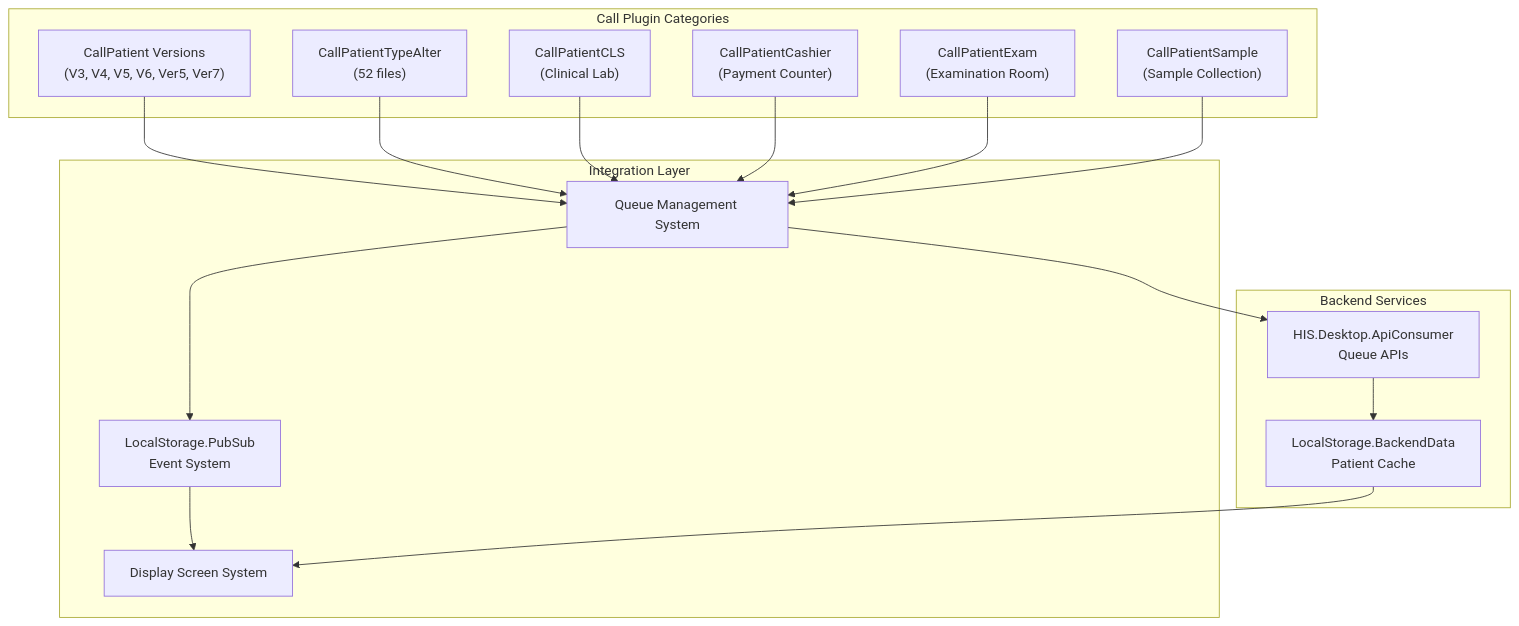
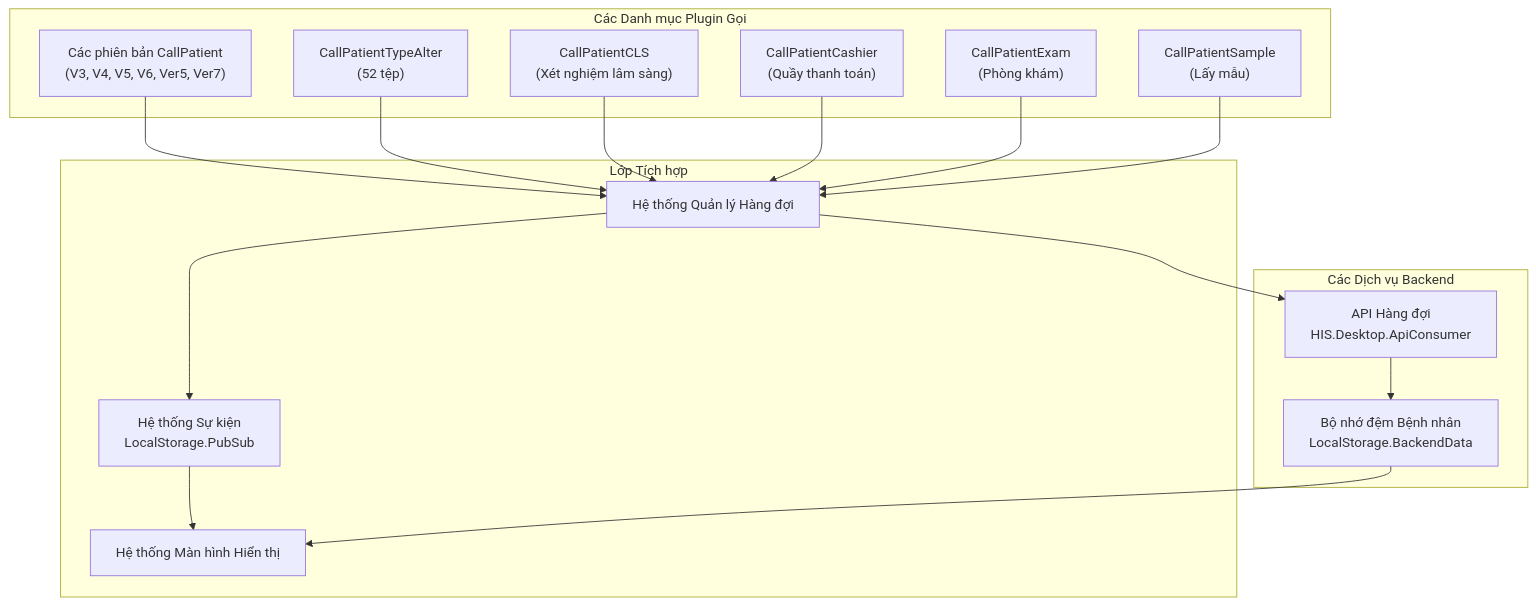
One commit to thangpnb/HIS changed the first of 8 diagrams in docs/his-ba-documentation/03-business-domains/patient-management/patient-call-display.md. Above: the diagram before and after it, drawn with Mermaid. The commit also changed other lines of this file and 30 other files, not shown here.

Commit message:
Refactor architecture docs and update translations

````diff
--- a/docs/his-ba-documentation/03-business-domains/patient-management/patient-call-display.md
+++ b/docs/his-ba-documentation/03-business-domains/patient-management/patient-call-display.md
@@ -13,35 +13,35 @@
 ```mermaid
 graph TB
-    subgraph "Call Plugin Categories"
-        GeneralCall["CallPatient Versions<br/>(V3, V4, V5, V6, Ver5, Ver7)"]
-        TypeAlter["CallPatientTypeAlter<br/>(52 files)"]
-        CLSCall["CallPatientCLS<br/>(Clinical Lab)"]
-        CashierCall["CallPatientCashier<br/>(Payment Counter)"]
-        ExamCall["CallPatientExam<br/>(Examination Room)"]
-        SampleCall["CallPatientSample<br/>(Sample Collection)"]
+    subgraph "Các Danh mục Plugin Gọi"
+        GeneralCall["Các phiên bản CallPatient<br/>(V3, V4, V5, V6, Ver5, Ver7)"]
+        TypeAlter["CallPatientTypeAlter<br/>(52 tệp)"]
+        CLSCall["CallPatientCLS<br/>(Xét nghiệm lâm sàng)"]
+        CashierCall["CallPatientCashier<br/>(Quầy thanh toán)"]
+        ExamCall["CallPatientExam<br/>(Phòng khám)"]
+        SampleCall["CallPatientSample<br/>(Lấy mẫu)"]
     end
     
-    subgraph "Integration Layer"
-        QueueSystem["Queue Management System"]
-        DisplaySystem["Display Screen System"]
-        PubSub["LocalStorage.PubSub<br/>Event System"]
+    subgraph "Lớp Tích hợp"
+        QueueSystem["Hệ thống Quản lý Hàng đợi"]
+        DisplaySystem["Hệ thống Màn hình Hiển thị"]
+        PubSub["Hệ thống Sự kiện<br/>LocalStorage.PubSub"]
     end
     
-    subgraph "Backend Services"
-        API["HIS.Desktop.ApiConsumer<br/>Queue APIs"]
-        BackendData["LocalStorage.BackendData<br/>Patient Cache"]
+    subgraph "Các Dịch vụ Backend"
+        API["API Hàng đợi<br/>HIS.Desktop.ApiConsumer"]
+        BackendData["Bộ nhớ đệm Bệnh nhân<br/>LocalStorage.BackendData"]
     end
     
     GeneralCall --> QueueSystem
     TypeAlter --> QueueSystem
     CLSCall --> QueueSystem
     CashierCall --> QueueSystem
     ExamCall --> QueueSystem
     SampleCall --> QueueSystem
     
     QueueSystem --> API
     QueueSystem --> PubSub
     PubSub --> DisplaySystem
     API --> BackendData
     BackendData --> DisplaySystem
 ```
````
